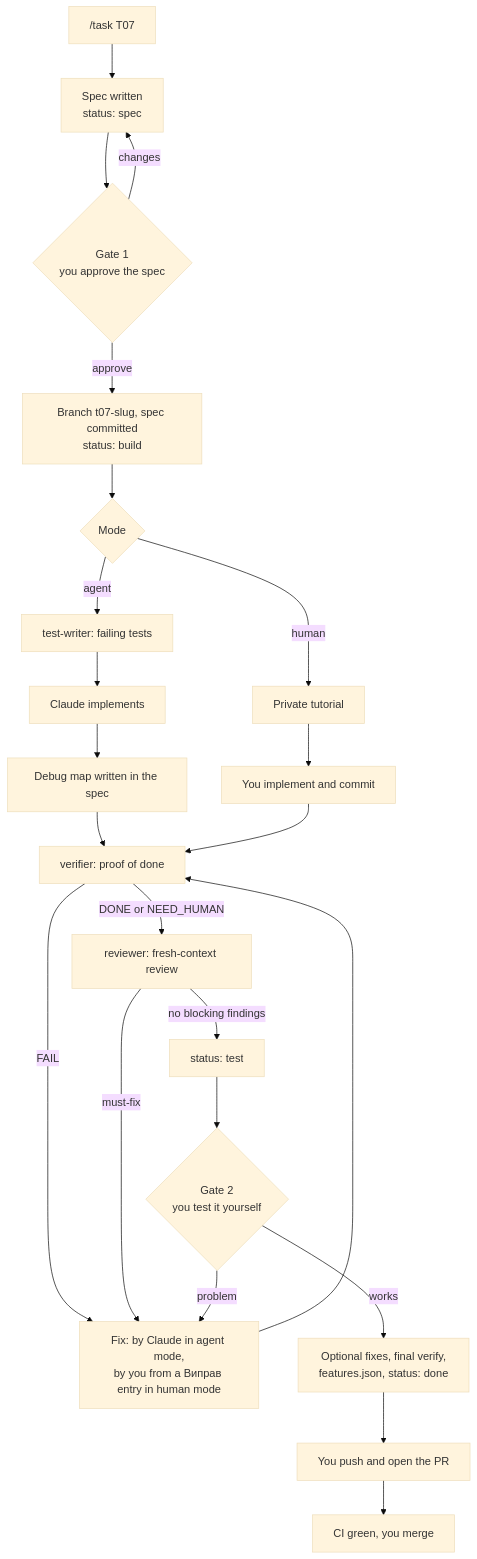
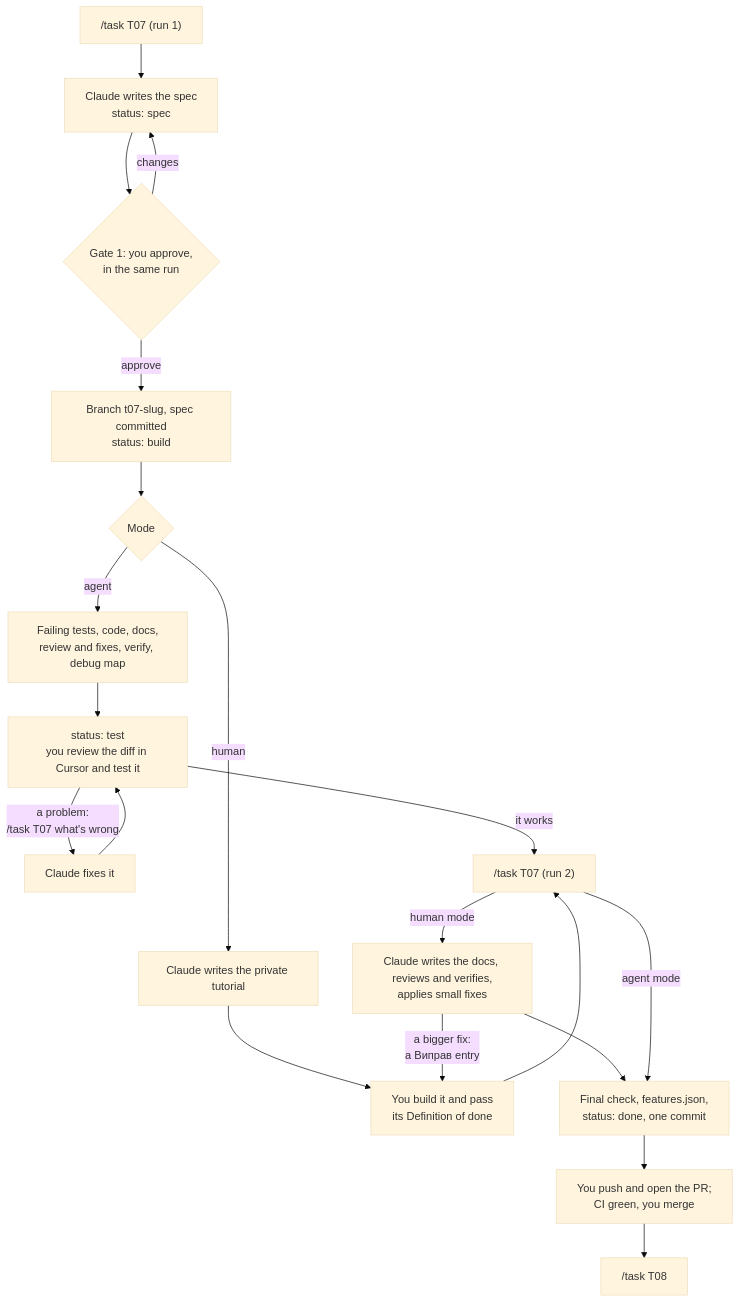
One commit to AntonBurduzha/mieru changed the diagram in docs/workflow.md. Above: the diagram before and after it, drawn with Mermaid (base theme). The commit also changed other lines of this file and 25 other files, not shown here.

First line of the commit message:
docs: architecture by topic, /task in two runs, monthly dependabot

````diff
--- a/docs/workflow.md
+++ b/docs/workflow.md
@@ -68,25 +68,22 @@
 ```mermaid
 flowchart TD
-    START["/task T07"] --> SPEC["Spec written<br/>status: spec"]
-    SPEC --> G1{"Gate 1<br/>you approve the spec"}
+    R1["/task T07 (run 1)"] --> SPEC["Claude writes the spec<br/>status: spec"]
+    SPEC --> G1{"Gate 1: you approve,<br/>in the same run"}
     G1 -- "changes" --> SPEC
-    G1 -- "approve" --> BRANCH["Branch t07-slug, spec committed<br/>status: build"]
-    BRANCH --> MODE{"Mode"}
-    MODE -- "agent" --> TESTS["test-writer: failing tests"]
-    TESTS --> CODE["Claude implements"]
-    MODE -- "human" --> TUT["Private tutorial"]
-    TUT --> YOU["You implement and commit"]
-    CODE --> MAP["Debug map written in the spec"]
-    MAP --> VERIFY["verifier: proof of done"]
-    YOU --> VERIFY
-    VERIFY -- "FAIL" --> FIX["Fix: by Claude in agent mode,<br/>by you from a Виправ entry in human mode"]
-    FIX --> VERIFY
-    VERIFY -- "DONE or NEED_HUMAN" --> REVIEW["reviewer: fresh-context review"]
-    REVIEW -- "must-fix" --> FIX
-    REVIEW -- "no blocking findings" --> TEST["status: test"]
-    TEST --> G2{"Gate 2<br/>you test it yourself"}
-    G2 -- "problem" --> FIX
-    G2 -- "works" --> FINISH["Optional fixes, final verify,<br/>features.json, status: done"]
-    FINISH --> PR["You push and open the PR"]
-    PR --> MERGE["CI green, you merge"]
+    G1 -- "approve" --> BR["Branch t07-slug, spec committed<br/>status: build"]
+    BR --> MODE{"Mode"}
+    MODE -- "agent" --> BUILD["Failing tests, code, docs,<br/>review and fixes, verify, debug map"]
+    BUILD --> TEST["status: test<br/>you review the diff in Cursor and test it"]
+    TEST -- "a problem:<br/>/task T07 what's wrong" --> FIXP["Claude fixes it"]
+    FIXP --> TEST
+    MODE -- "human" --> TUT["Claude writes the private tutorial"]
+    TUT --> YOU["You build it and pass<br/>its Definition of done"]
+    TEST -- "it works" --> R2["/task T07 (run 2)"]
+    YOU --> R2
+    R2 -- "human mode" --> HC["Claude writes the docs, reviews and verifies,<br/>applies small fixes"]
+    HC -- "a bigger fix:<br/>a Виправ entry" --> YOU
+    HC --> FIN
+    R2 -- "agent mode" --> FIN["Final check, features.json,<br/>status: done, one commit"]
+    FIN --> PR["You push and open the PR;<br/>CI green, you merge"]
+    PR --> NEXT["/task T08"]
 ```
````
